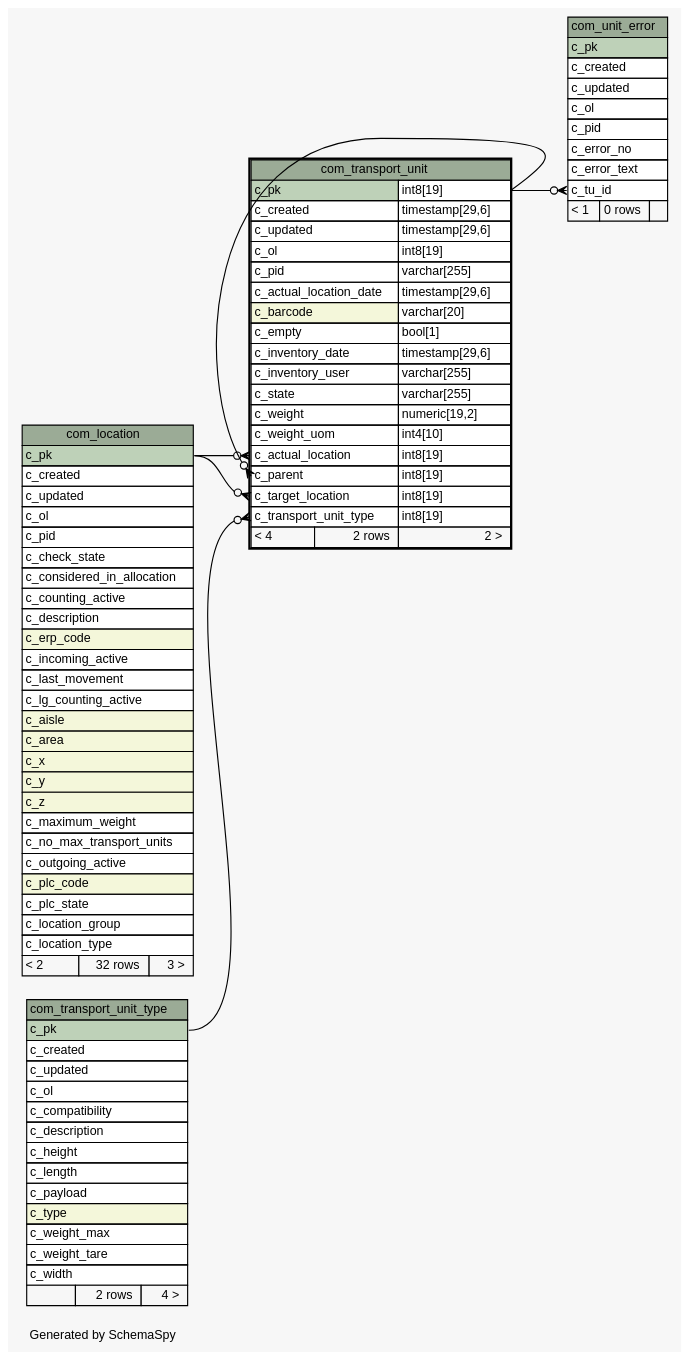
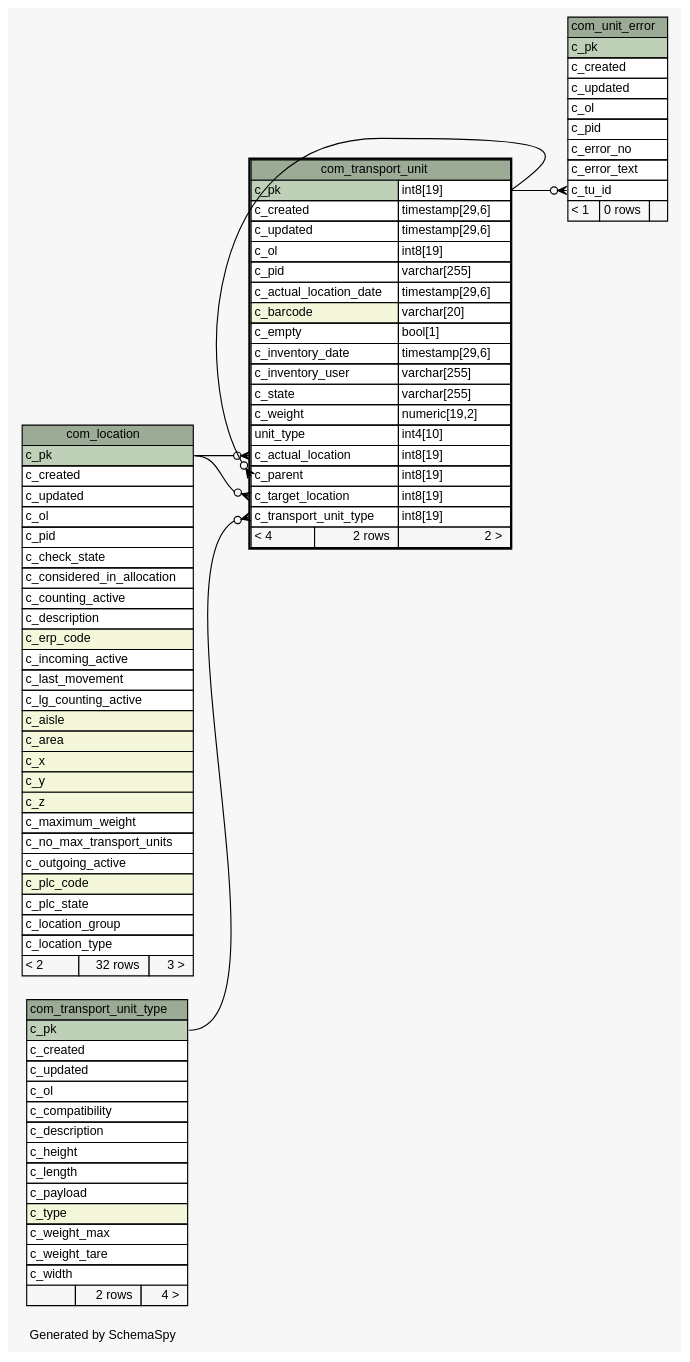
One commit to openwms/org.openwms.common.service.lib changed the diagram in schemaspy/diagrams/com_transport_unit.1degree.dot. Above: the diagram before and after it, drawn with Graphviz. The commit also changed 936 other files, not shown here.

```diff
--- a/schemaspy/diagrams/com_transport_unit.1degree.dot
+++ b/schemaspy/diagrams/com_transport_unit.1degree.dot
@@ -1,126 +1,126 @@
 // dot 2.36.0 on Linux 4.4.0-101-generic
 // SchemaSpy rev Unknown
 digraph "oneDegreeRelationshipsDiagram" {
   graph [
     rankdir="RL"
     bgcolor="#f7f7f7"
     label="\nGenerated by SchemaSpy"
     labeljust="l"
     nodesep="0.18"
     ranksep="0.46"
     fontname="Helvetica"
     fontsize="11"
   ];
   node [
     fontname="Helvetica"
     fontsize="11"
     shape="plaintext"
   ];
   edge [
     arrowsize="0.8"
   ];
   "com_transport_unit":"c_actual_location":w -> "com_location":"c_pk":e [arrowhead=none dir=back arrowtail=crowodot];
   "com_transport_unit":"c_parent":w -> "com_transport_unit":"c_pk.type":e [arrowhead=none dir=back arrowtail=crowodot];
   "com_transport_unit":"c_target_location":w -> "com_location":"c_pk":e [arrowhead=none dir=back arrowtail=crowodot];
   "com_transport_unit":"c_transport_unit_type":w -> "com_transport_unit_type":"c_pk":e [arrowhead=none dir=back arrowtail=crowodot];
   "com_unit_error":"c_tu_id":w -> "com_transport_unit":"c_pk.type":e [arrowhead=none dir=back arrowtail=crowodot];
   "com_location" [
     label=<
     <TABLE BORDER="0" CELLBORDER="1" CELLSPACING="0" BGCOLOR="#ffffff">
       <TR><TD COLSPAN="3" BGCOLOR="#9bab96" ALIGN="CENTER">com_location</TD></TR>
       <TR><TD PORT="c_pk" COLSPAN="3" BGCOLOR="#bed1b8" ALIGN="LEFT">c_pk</TD></TR>
       <TR><TD PORT="c_created" COLSPAN="3" ALIGN="LEFT">c_created</TD></TR>
       <TR><TD PORT="c_updated" COLSPAN="3" ALIGN="LEFT">c_updated</TD></TR>
       <TR><TD PORT="c_ol" COLSPAN="3" ALIGN="LEFT">c_ol</TD></TR>
       <TR><TD PORT="c_pid" COLSPAN="3" ALIGN="LEFT">c_pid</TD></TR>
       <TR><TD PORT="c_check_state" COLSPAN="3" ALIGN="LEFT">c_check_state</TD></TR>
       <TR><TD PORT="c_considered_in_allocation" COLSPAN="3" ALIGN="LEFT">c_considered_in_allocation</TD></TR>
       <TR><TD PORT="c_counting_active" COLSPAN="3" ALIGN="LEFT">c_counting_active</TD></TR>
       <TR><TD PORT="c_description" COLSPAN="3" ALIGN="LEFT">c_description</TD></TR>
       <TR><TD PORT="c_erp_code" COLSPAN="3" BGCOLOR="#f4f7da" ALIGN="LEFT">c_erp_code</TD></TR>
       <TR><TD PORT="c_incoming_active" COLSPAN="3" ALIGN="LEFT">c_incoming_active</TD></TR>
       <TR><TD PORT="c_last_movement" COLSPAN="3" ALIGN="LEFT">c_last_movement</TD></TR>
       <TR><TD PORT="c_lg_counting_active" COLSPAN="3" ALIGN="LEFT">c_lg_counting_active</TD></TR>
       <TR><TD PORT="c_aisle" COLSPAN="3" BGCOLOR="#f4f7da" ALIGN="LEFT">c_aisle</TD></TR>
       <TR><TD PORT="c_area" COLSPAN="3" BGCOLOR="#f4f7da" ALIGN="LEFT">c_area</TD></TR>
       <TR><TD PORT="c_x" COLSPAN="3" BGCOLOR="#f4f7da" ALIGN="LEFT">c_x</TD></TR>
       <TR><TD PORT="c_y" COLSPAN="3" BGCOLOR="#f4f7da" ALIGN="LEFT">c_y</TD></TR>
       <TR><TD PORT="c_z" COLSPAN="3" BGCOLOR="#f4f7da" ALIGN="LEFT">c_z</TD></TR>
       <TR><TD PORT="c_maximum_weight" COLSPAN="3" ALIGN="LEFT">c_maximum_weight</TD></TR>
       <TR><TD PORT="c_no_max_transport_units" COLSPAN="3" ALIGN="LEFT">c_no_max_transport_units</TD></TR>
       <TR><TD PORT="c_outgoing_active" COLSPAN="3" ALIGN="LEFT">c_outgoing_active</TD></TR>
       <TR><TD PORT="c_plc_code" COLSPAN="3" BGCOLOR="#f4f7da" ALIGN="LEFT">c_plc_code</TD></TR>
       <TR><TD PORT="c_plc_state" COLSPAN="3" ALIGN="LEFT">c_plc_state</TD></TR>
       <TR><TD PORT="c_location_group" COLSPAN="3" ALIGN="LEFT">c_location_group</TD></TR>
       <TR><TD PORT="c_location_type" COLSPAN="3" ALIGN="LEFT">c_location_type</TD></TR>
       <TR><TD ALIGN="LEFT" BGCOLOR="#f7f7f7">&lt; 2</TD><TD ALIGN="RIGHT" BGCOLOR="#f7f7f7">32 rows</TD><TD ALIGN="RIGHT" BGCOLOR="#f7f7f7">3 &gt;</TD></TR>
     </TABLE>>
     URL="com_location.html"
     tooltip="com_location"
   ];
   "com_transport_unit" [
     label=<
     <TABLE BORDER="2" CELLBORDER="1" CELLSPACING="0" BGCOLOR="#ffffff">
       <TR><TD COLSPAN="3" BGCOLOR="#9bab96" ALIGN="CENTER">com_transport_unit</TD></TR>
       <TR><TD PORT="c_pk" COLSPAN="2" BGCOLOR="#bed1b8" ALIGN="LEFT">c_pk</TD><TD PORT="c_pk.type" ALIGN="LEFT">int8[19]</TD></TR>
       <TR><TD PORT="c_created" COLSPAN="2" ALIGN="LEFT">c_created</TD><TD PORT="c_created.type" ALIGN="LEFT">timestamp[29,6]</TD></TR>
       <TR><TD PORT="c_updated" COLSPAN="2" ALIGN="LEFT">c_updated</TD><TD PORT="c_updated.type" ALIGN="LEFT">timestamp[29,6]</TD></TR>
       <TR><TD PORT="c_ol" COLSPAN="2" ALIGN="LEFT">c_ol</TD><TD PORT="c_ol.type" ALIGN="LEFT">int8[19]</TD></TR>
       <TR><TD PORT="c_pid" COLSPAN="2" ALIGN="LEFT">c_pid</TD><TD PORT="c_pid.type" ALIGN="LEFT">varchar[255]</TD></TR>
       <TR><TD PORT="c_actual_location_date" COLSPAN="2" ALIGN="LEFT">c_actual_location_date</TD><TD PORT="c_actual_location_date.type" ALIGN="LEFT">timestamp[29,6]</TD></TR>
       <TR><TD PORT="c_barcode" COLSPAN="2" BGCOLOR="#f4f7da" ALIGN="LEFT">c_barcode</TD><TD PORT="c_barcode.type" ALIGN="LEFT">varchar[20]</TD></TR>
       <TR><TD PORT="c_empty" COLSPAN="2" ALIGN="LEFT">c_empty</TD><TD PORT="c_empty.type" ALIGN="LEFT">bool[1]</TD></TR>
       <TR><TD PORT="c_inventory_date" COLSPAN="2" ALIGN="LEFT">c_inventory_date</TD><TD PORT="c_inventory_date.type" ALIGN="LEFT">timestamp[29,6]</TD></TR>
       <TR><TD PORT="c_inventory_user" COLSPAN="2" ALIGN="LEFT">c_inventory_user</TD><TD PORT="c_inventory_user.type" ALIGN="LEFT">varchar[255]</TD></TR>
       <TR><TD PORT="c_state" COLSPAN="2" ALIGN="LEFT">c_state</TD><TD PORT="c_state.type" ALIGN="LEFT">varchar[255]</TD></TR>
       <TR><TD PORT="c_weight" COLSPAN="2" ALIGN="LEFT">c_weight</TD><TD PORT="c_weight.type" ALIGN="LEFT">numeric[19,2]</TD></TR>
-      <TR><TD PORT="c_weight_uom" COLSPAN="2" ALIGN="LEFT">c_weight_uom</TD><TD PORT="c_weight_uom.type" ALIGN="LEFT">int4[10]</TD></TR>
+      <TR><TD PORT="unit_type" COLSPAN="2" ALIGN="LEFT">unit_type</TD><TD PORT="unit_type.type" ALIGN="LEFT">int4[10]</TD></TR>
       <TR><TD PORT="c_actual_location" COLSPAN="2" ALIGN="LEFT">c_actual_location</TD><TD PORT="c_actual_location.type" ALIGN="LEFT">int8[19]</TD></TR>
       <TR><TD PORT="c_parent" COLSPAN="2" ALIGN="LEFT">c_parent</TD><TD PORT="c_parent.type" ALIGN="LEFT">int8[19]</TD></TR>
       <TR><TD PORT="c_target_location" COLSPAN="2" ALIGN="LEFT">c_target_location</TD><TD PORT="c_target_location.type" ALIGN="LEFT">int8[19]</TD></TR>
       <TR><TD PORT="c_transport_unit_type" COLSPAN="2" ALIGN="LEFT">c_transport_unit_type</TD><TD PORT="c_transport_unit_type.type" ALIGN="LEFT">int8[19]</TD></TR>
       <TR><TD ALIGN="LEFT" BGCOLOR="#f7f7f7">&lt; 4</TD><TD ALIGN="RIGHT" BGCOLOR="#f7f7f7">2 rows</TD><TD ALIGN="RIGHT" BGCOLOR="#f7f7f7">2 &gt;</TD></TR>
     </TABLE>>
     URL="com_transport_unit.html"
     tooltip="com_transport_unit"
   ];
   "com_transport_unit_type" [
     label=<
     <TABLE BORDER="0" CELLBORDER="1" CELLSPACING="0" BGCOLOR="#ffffff">
       <TR><TD COLSPAN="3" BGCOLOR="#9bab96" ALIGN="CENTER">com_transport_unit_type</TD></TR>
       <TR><TD PORT="c_pk" COLSPAN="3" BGCOLOR="#bed1b8" ALIGN="LEFT">c_pk</TD></TR>
       <TR><TD PORT="c_created" COLSPAN="3" ALIGN="LEFT">c_created</TD></TR>
       <TR><TD PORT="c_updated" COLSPAN="3" ALIGN="LEFT">c_updated</TD></TR>
       <TR><TD PORT="c_ol" COLSPAN="3" ALIGN="LEFT">c_ol</TD></TR>
       <TR><TD PORT="c_compatibility" COLSPAN="3" ALIGN="LEFT">c_compatibility</TD></TR>
       <TR><TD PORT="c_description" COLSPAN="3" ALIGN="LEFT">c_description</TD></TR>
       <TR><TD PORT="c_height" COLSPAN="3" ALIGN="LEFT">c_height</TD></TR>
       <TR><TD PORT="c_length" COLSPAN="3" ALIGN="LEFT">c_length</TD></TR>
       <TR><TD PORT="c_payload" COLSPAN="3" ALIGN="LEFT">c_payload</TD></TR>
       <TR><TD PORT="c_type" COLSPAN="3" BGCOLOR="#f4f7da" ALIGN="LEFT">c_type</TD></TR>
       <TR><TD PORT="c_weight_max" COLSPAN="3" ALIGN="LEFT">c_weight_max</TD></TR>
       <TR><TD PORT="c_weight_tare" COLSPAN="3" ALIGN="LEFT">c_weight_tare</TD></TR>
       <TR><TD PORT="c_width" COLSPAN="3" ALIGN="LEFT">c_width</TD></TR>
       <TR><TD ALIGN="LEFT" BGCOLOR="#f7f7f7">  </TD><TD ALIGN="RIGHT" BGCOLOR="#f7f7f7">2 rows</TD><TD ALIGN="RIGHT" BGCOLOR="#f7f7f7">4 &gt;</TD></TR>
     </TABLE>>
     URL="com_transport_unit_type.html"
     tooltip="com_transport_unit_type"
   ];
   "com_unit_error" [
     label=<
     <TABLE BORDER="0" CELLBORDER="1" CELLSPACING="0" BGCOLOR="#ffffff">
       <TR><TD COLSPAN="3" BGCOLOR="#9bab96" ALIGN="CENTER">com_unit_error</TD></TR>
       <TR><TD PORT="c_pk" COLSPAN="3" BGCOLOR="#bed1b8" ALIGN="LEFT">c_pk</TD></TR>
       <TR><TD PORT="c_created" COLSPAN="3" ALIGN="LEFT">c_created</TD></TR>
       <TR><TD PORT="c_updated" COLSPAN="3" ALIGN="LEFT">c_updated</TD></TR>
       <TR><TD PORT="c_ol" COLSPAN="3" ALIGN="LEFT">c_ol</TD></TR>
       <TR><TD PORT="c_pid" COLSPAN="3" ALIGN="LEFT">c_pid</TD></TR>
       <TR><TD PORT="c_error_no" COLSPAN="3" ALIGN="LEFT">c_error_no</TD></TR>
       <TR><TD PORT="c_error_text" COLSPAN="3" ALIGN="LEFT">c_error_text</TD></TR>
       <TR><TD PORT="c_tu_id" COLSPAN="3" ALIGN="LEFT">c_tu_id</TD></TR>
       <TR><TD ALIGN="LEFT" BGCOLOR="#f7f7f7">&lt; 1</TD><TD ALIGN="RIGHT" BGCOLOR="#f7f7f7">0 rows</TD><TD ALIGN="RIGHT" BGCOLOR="#f7f7f7">  </TD></TR>
     </TABLE>>
     URL="com_unit_error.html"
     tooltip="com_unit_error"
   ];
 }
```
